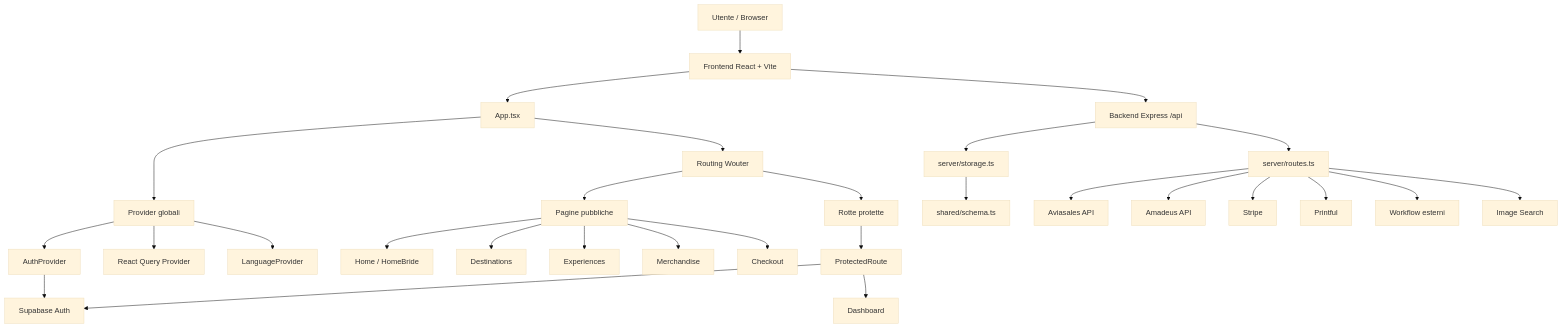
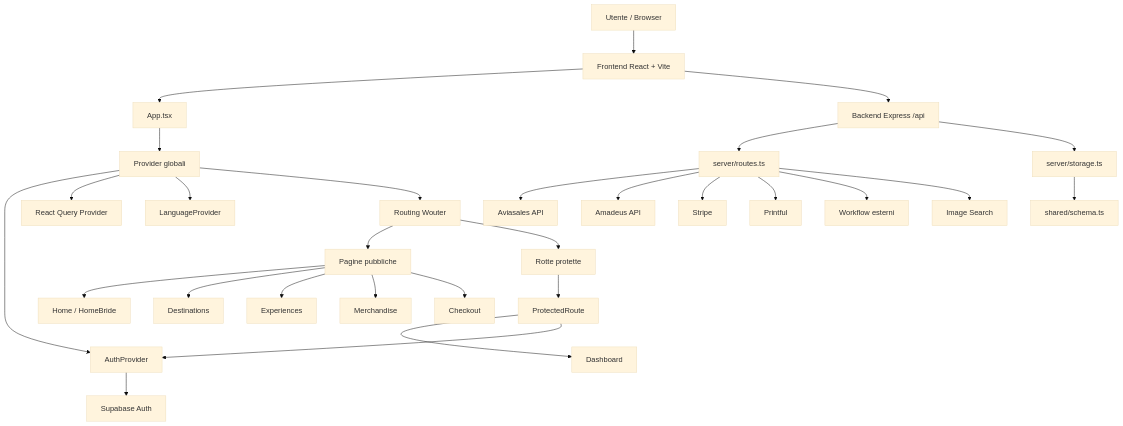
The diagram in ARCHITECTURE.md (AndrewRaynolds/ByeBiProject-SAW), drawn with Mermaid (base theme) before and after one commit. The commit also changed other lines of this file and 1 other file, not shown here.

````diff
--- a/ARCHITECTURE.md
+++ b/ARCHITECTURE.md
@@ -15,39 +15,39 @@
 ```mermaid
 flowchart TD
     U[Utente / Browser] --> FE[Frontend React + Vite]
 
     FE --> APP[App.tsx]
     APP --> PROVIDERS[Provider globali]
     PROVIDERS --> AUTH[AuthProvider]
     PROVIDERS --> QUERY[React Query Provider]
     PROVIDERS --> LANG[LanguageProvider]
 
-    APP --> ROUTER[Routing Wouter]
+    PROVIDERS --> ROUTER[Routing Wouter]
     ROUTER --> PUB[Pagine pubbliche]
     ROUTER --> PRIV[Rotte protette]
 
     PUB --> HOME[Home / HomeBride]
     PUB --> DEST[Destinations]
     PUB --> EXP[Experiences]
     PUB --> MERCH[Merchandise]
     PUB --> CHECKOUT[Checkout]
 
     PRIV --> PROTECTED[ProtectedRoute]
     PROTECTED --> DASH[Dashboard]
 
     AUTH --> SUPA[Supabase Auth]
-    PROTECTED --> SUPA
+    PROTECTED --> AUTH
 
     FE --> API[Backend Express /api]
 
     API --> ROUTES[server/routes.ts]
     API --> STORAGE[server/storage.ts]
     STORAGE --> SCHEMA[shared/schema.ts]
 
     ROUTES --> AVIA[Aviasales API]
     ROUTES --> AMA[Amadeus API]
     ROUTES --> STRIPE[Stripe]
     ROUTES --> PRINTFUL[Printful]
     ROUTES --> WORKFLOW[Workflow esterni]
     ROUTES --> IMG[Image Search]
 ```
````
